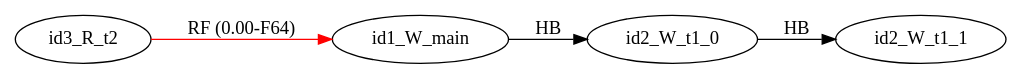
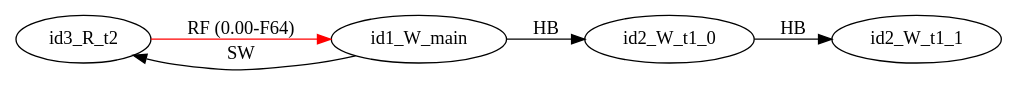
The diagram in examples/single_var/sv_simple10/mm1.dot (FMJS/EMME), drawn with Graphviz before and after one commit. The commit also changed 56 other files, not shown here.

```diff
--- a/examples/single_var/sv_simple10/mm1.dot
+++ b/examples/single_var/sv_simple10/mm1.dot
@@ -1,11 +1,12 @@
 digraph memory_model {
 rankdir=LR;
 splines=true; esep=0.5;
 id3_R_t2 -> id1_W_main [label = "RF (0.00-F64)", color="red"];
 id2_W_t1_0 -> id2_W_t1_1 [label = "HB", color="black"];
 id1_W_main -> id2_W_t1_0 [label = "HB", color="black"];
+id1_W_main -> id3_R_t2 [label = "SW", color="black"];
 id1_W_main [pos="2.5,4!"]
 id2_W_t1_0 [pos="0,2!"]
 id2_W_t1_1 [pos="0,0!"]
 id3_R_t2 [pos="5,2!"]
 }
```
